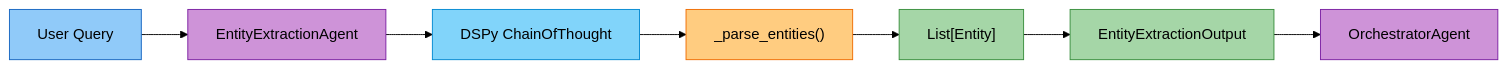
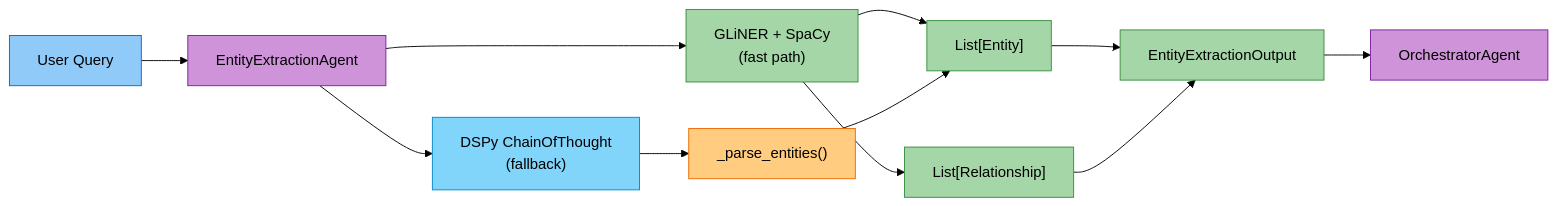
One commit to amit-jain/cogniverse changed the sixth of 20 diagrams in docs/modules/agents.md. Above: the diagram before and after it, drawn with Mermaid (forest theme). The commit also changed other lines of this file and 2 other files, not shown here.

First line of the commit message:
Add GLiNER + SpaCy tiered extraction to EntityExtractionAgent

````diff
--- a/docs/modules/agents.md
+++ b/docs/modules/agents.md
@@ -1056,20 +1058,27 @@
 ```mermaid
 flowchart LR
     Query["<span style='color:#000'>User Query</span>"] --> EntityAgent["<span style='color:#000'>EntityExtractionAgent</span>"]
 
-    EntityAgent --> DSPy["<span style='color:#000'>DSPy ChainOfThought</span>"]
+    EntityAgent --> FastPath["<span style='color:#000'>GLiNER + SpaCy<br/>(fast path)</span>"]
+    EntityAgent --> DSPy["<span style='color:#000'>DSPy ChainOfThought<br/>(fallback)</span>"]
+
+    FastPath --> Entities["<span style='color:#000'>List[Entity]</span>"]
+    FastPath --> Rels["<span style='color:#000'>List[Relationship]</span>"]
     DSPy --> ParseEntities["<span style='color:#000'>_parse_entities()</span>"]
-    ParseEntities --> Entities["<span style='color:#000'>List[Entity]</span>"]
+    ParseEntities --> Entities
 
     Entities --> Output["<span style='color:#000'>EntityExtractionOutput</span>"]
+    Rels --> Output
 
     Output --> Orchestrator["<span style='color:#000'>OrchestratorAgent</span>"]
 
     style Query fill:#90caf9,stroke:#1565c0,color:#000
     style EntityAgent fill:#ce93d8,stroke:#7b1fa2,color:#000
+    style FastPath fill:#a5d6a7,stroke:#388e3c,color:#000
     style DSPy fill:#81d4fa,stroke:#0288d1,color:#000
     style ParseEntities fill:#ffcc80,stroke:#ef6c00,color:#000
     style Entities fill:#a5d6a7,stroke:#388e3c,color:#000
+    style Rels fill:#a5d6a7,stroke:#388e3c,color:#000
     style Output fill:#a5d6a7,stroke:#388e3c,color:#000
     style Orchestrator fill:#ce93d8,stroke:#7b1fa2,color:#000
 ```
````
